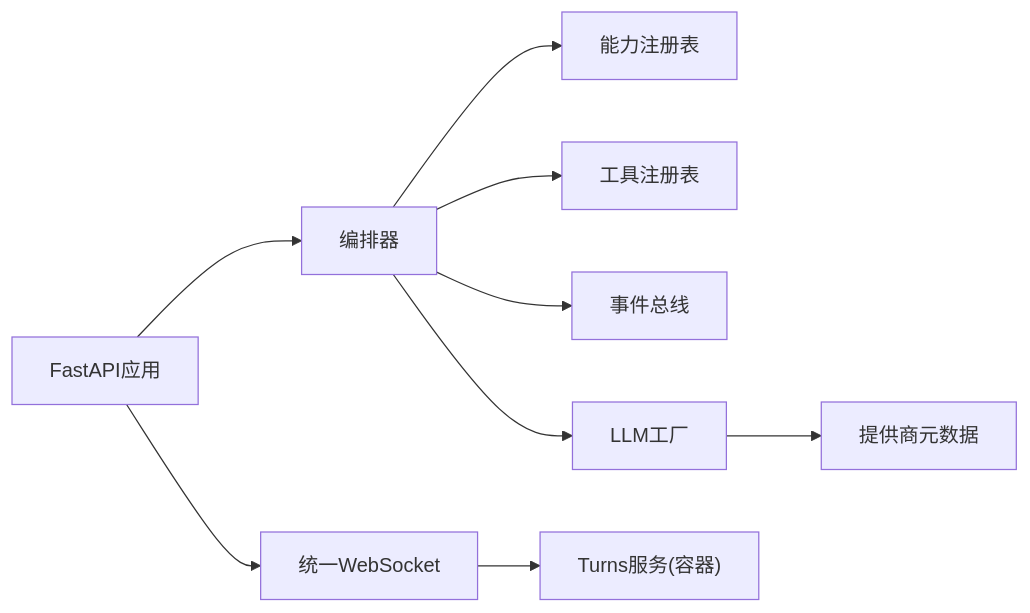
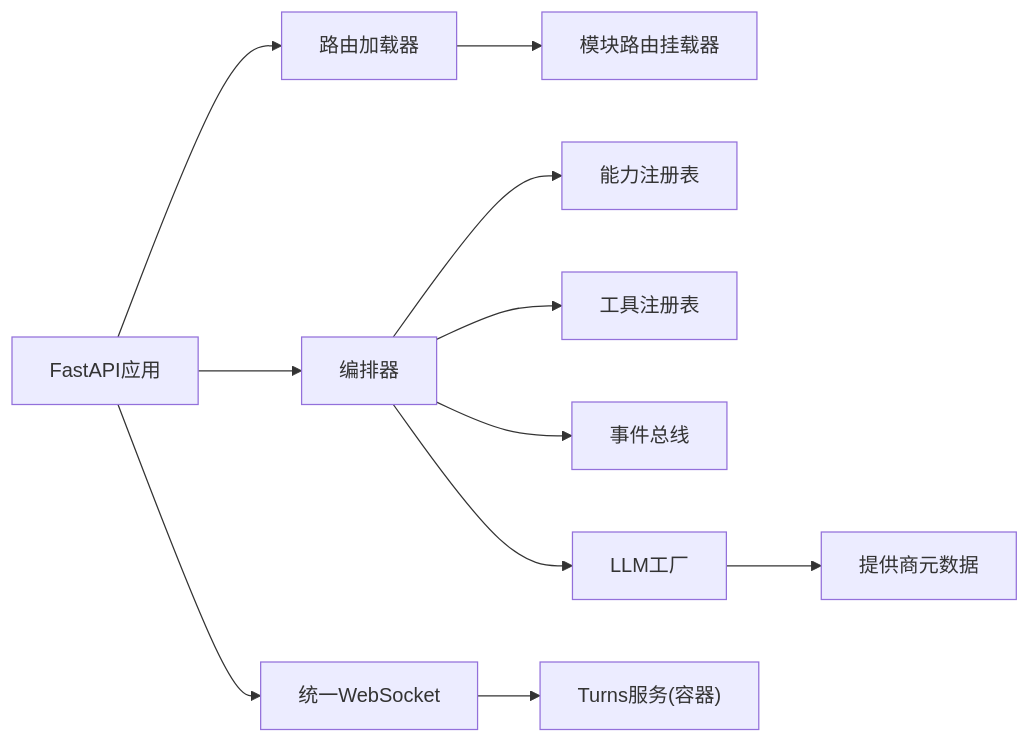
Before and after one commit to gongzili456/DeepTutor: diagram 12 of 13 in .qoder/repowiki/zh/content/架构设计/架构设计.md, drawn with Mermaid. The commit also changed other lines of this file and 615 other files, not shown here.

````diff
--- a/.qoder/repowiki/zh/content/架构设计/架构设计.md
+++ b/.qoder/repowiki/zh/content/架构设计/架构设计.md
@@ -348,11 +411,13 @@
 ```mermaid
 graph LR
 API["FastAPI应用"] --> ORCH["编排器"]
 API --> WS["统一WebSocket"]
+API --> RouterLoader["路由加载器"]
+RouterLoader --> ModuleRoutes["模块路由挂载器"]
 ORCH --> CAPREG["能力注册表"]
 ORCH --> TOOLREG["工具注册表"]
 ORCH --> EVBUS["事件总线"]
 ORCH --> PFACT["LLM工厂"]
 PFACT --> PSPEC["提供商元数据"]
 WS --> TURNS["Turns服务(容器)"]
 ```
````
